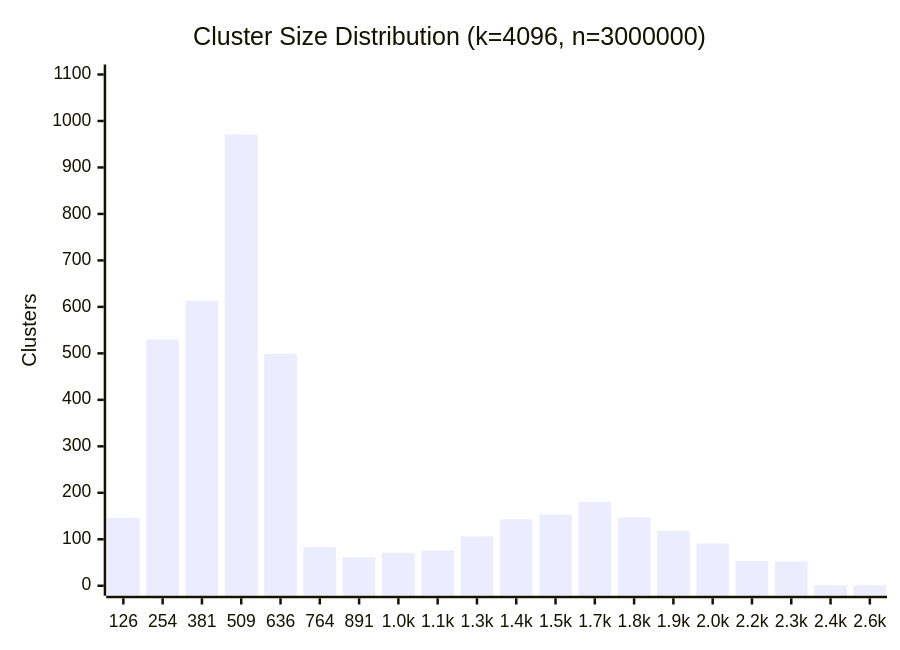
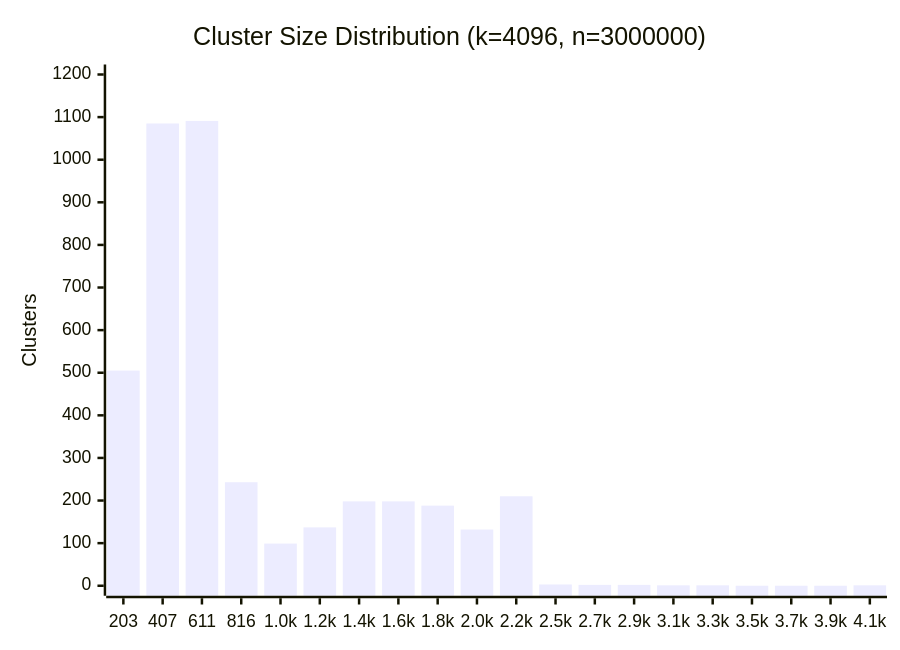
Before and after one commit to dalvorsn/cpp-rinha-backend-2026: the diagram in benchmark.md, drawn with Mermaid. The commit also changed other lines of this file and 5 other files, not shown here.

````diff
--- a/benchmark.md
+++ b/benchmark.md
@@ -45,7 +45,7 @@
 ```mermaid
 xychart-beta
     title "Cluster Size Distribution (k=4096, n=3000000)"
-    x-axis ["126", "254", "381", "509", "636", "764", "891", "1.0k", "1.1k", "1.3k", "1.4k", "1.5k", "1.7k", "1.8k", "1.9k", "2.0k", "2.2k", "2.3k", "2.4k", "2.6k"]
-    y-axis "Clusters" 0 --> 1100
-    bar [146, 530, 613, 971, 499, 84, 61, 71, 76, 106, 143, 153, 180, 147, 118, 91, 53, 52, 1, 1]
+    x-axis ["203", "407", "611", "816", "1.0k", "1.2k", "1.4k", "1.6k", "1.8k", "2.0k", "2.2k", "2.5k", "2.7k", "2.9k", "3.1k", "3.3k", "3.5k", "3.7k", "3.9k", "4.1k"]
+    y-axis "Clusters" 0 --> 1200
+    bar [505, 1085, 1091, 243, 99, 137, 198, 198, 188, 132, 210, 3, 2, 2, 1, 1, 0, 0, 0, 1]
 ```
````
